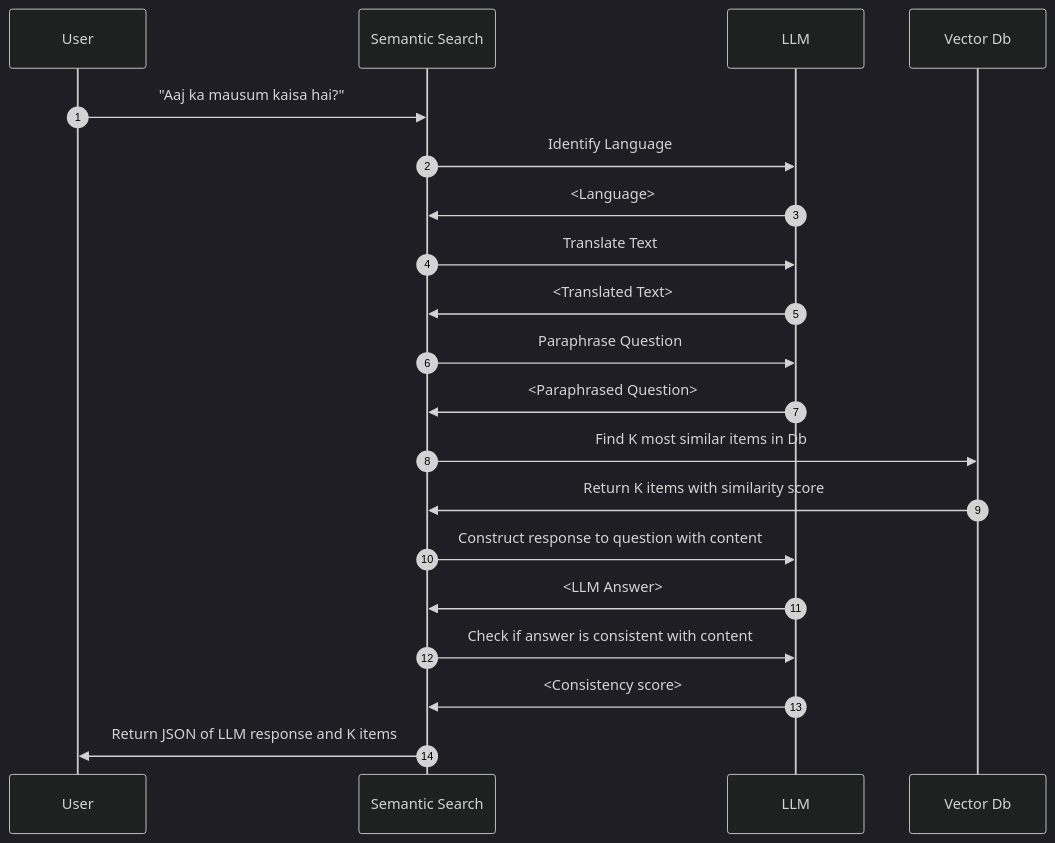
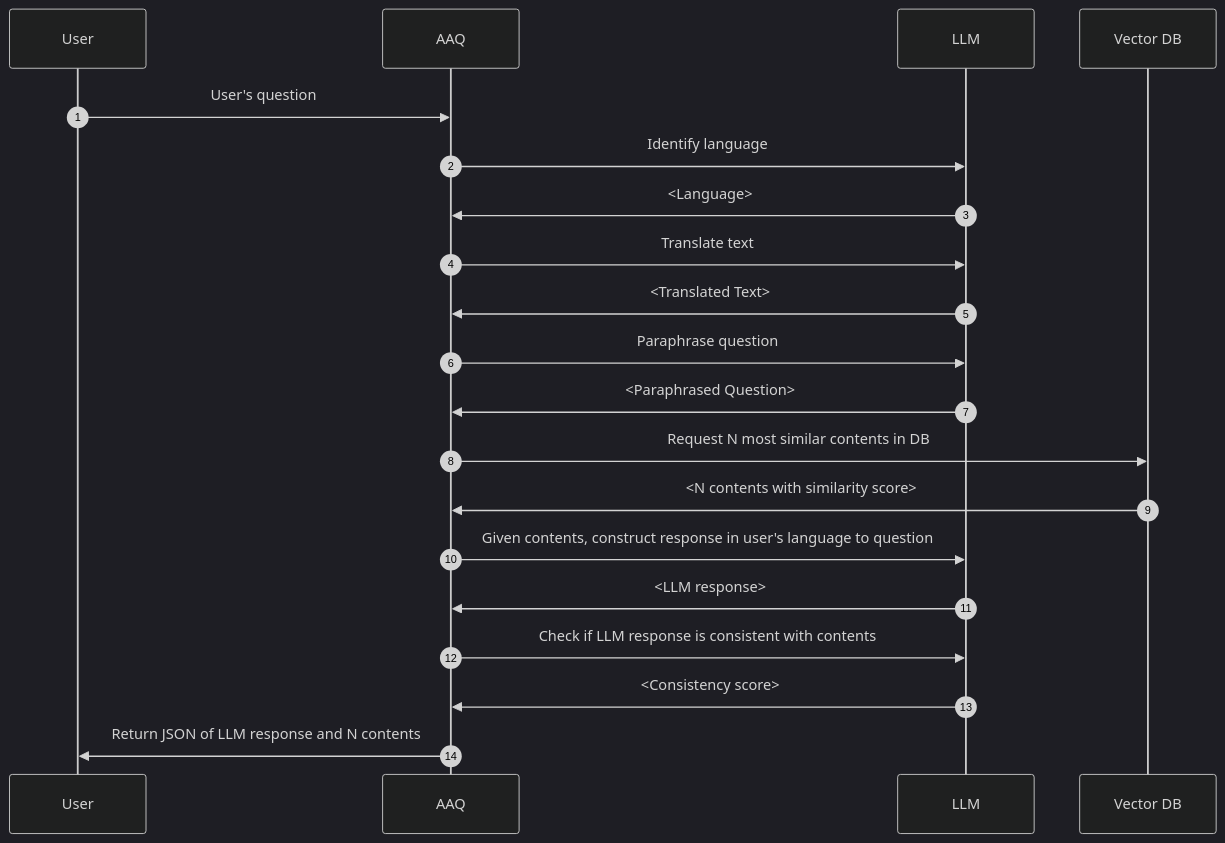
Before and after one commit to IDinsight/ask-a-question: the first of 2 diagrams in docs/components/qa-service/llm-response.md, drawn with Mermaid (dark theme). The commit also changed other lines of this file and 1 other file, not shown here.

First line of the commit message:
HOTFIX: Mermaid sequence diagrams (#202)

````diff
--- a/docs/components/qa-service/llm-response.md
+++ b/docs/components/qa-service/llm-response.md
@@ -12,19 +13,19 @@
-``` mermaid
+```mermaid
 sequenceDiagram
   autonumber
-  User->>Semantic Search: "Aaj ka mausum kaisa hai?"
-  Semantic Search->>LLM: Identify Language
-  LLM->>Semantic Search: <Language>
-  Semantic Search->>LLM: Translate Text
-  LLM->>Semantic Search: <Translated Text>
-  Semantic Search->>LLM: Paraphrase Question
-  LLM->>Semantic Search: <Paraphrased Question>
-  Semantic Search->>Vector Db: Find K most similar items in Db
-  Vector Db->>Semantic Search: Return K items with similarity score
-  Semantic Search->>LLM: Construct response to question with content
-  LLM->>Semantic Search: <LLM Answer>
-  Semantic Search->>LLM: Check if answer is consistent with content
-  LLM->>Semantic Search: <Consistency score>
-  Semantic Search->>User: Return JSON of LLM response and K items
+  User->>AAQ: User's question
+  AAQ->>LLM: Identify language
+  LLM->>AAQ: <Language>
+  AAQ->>LLM: Translate text
+  LLM->>AAQ: <Translated Text>
+  AAQ->>LLM: Paraphrase question
+  LLM->>AAQ: <Paraphrased Question>
+  AAQ->>Vector DB: Request N most similar contents in DB
+  Vector DB->>AAQ: <N contents with similarity score>
+  AAQ->>LLM: Given contents, construct response in user's language to question
+  LLM->>AAQ: <LLM response>
+  AAQ->>LLM: Check if LLM response is consistent with contents
+  LLM->>AAQ: <Consistency score>
+  AAQ->>User: Return JSON of LLM response and N contents
 
 ```
````
